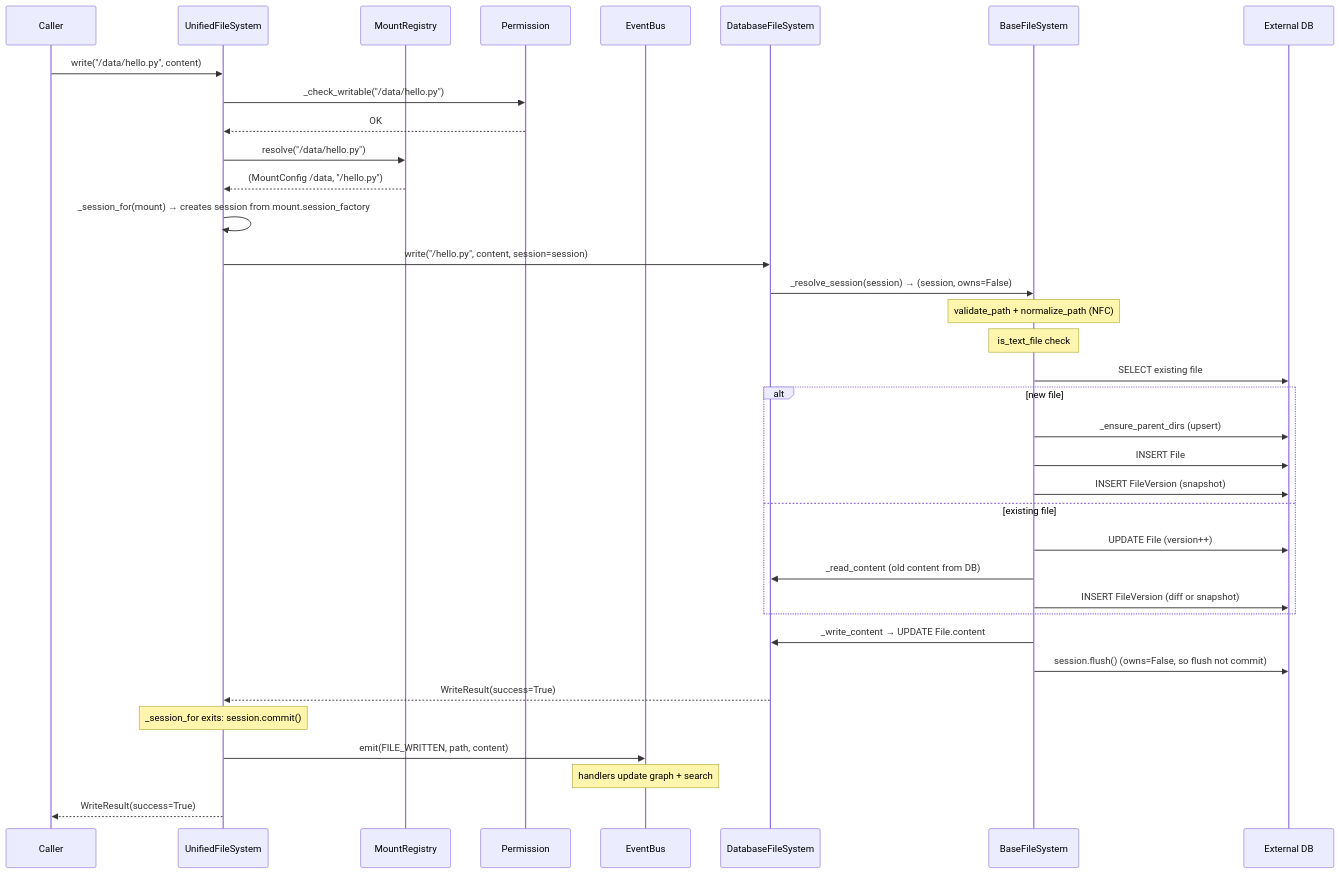
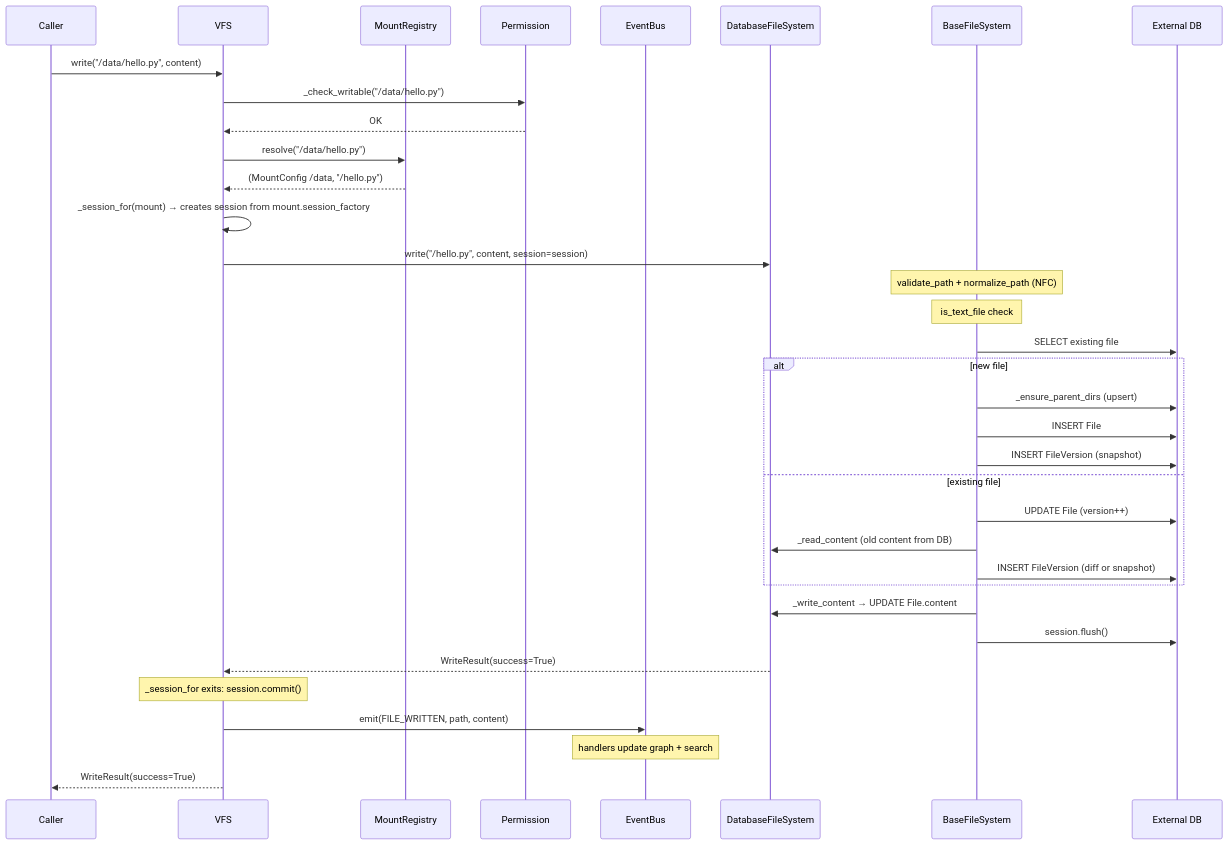
Before and after one commit to ClayGendron/grover: the third of 10 diagrams in docs/fs_architecture.md, drawn with Mermaid. The commit also changed other lines of this file and 17 other files, not shown here.

First line of the commit message:
Clean up session management, rename UnifiedFileSystem → VFS

````diff
--- a/docs/fs_architecture.md
+++ b/docs/fs_architecture.md
@@ -166,48 +162,47 @@
 ```mermaid
 sequenceDiagram
     participant C as Caller
-    participant UFS as UnifiedFileSystem
+    participant UFS as VFS
     participant MR as MountRegistry
     participant P as Permission
     participant EB as EventBus
     participant DFS as DatabaseFileSystem
     participant BFS as BaseFileSystem
     participant DB as External DB
 
     C->>UFS: write("/data/hello.py", content)
     UFS->>P: _check_writable("/data/hello.py")
     P-->>UFS: OK
 
     UFS->>MR: resolve("/data/hello.py")
     MR-->>UFS: (MountConfig /data, "/hello.py")
 
     UFS->>UFS: _session_for(mount) → creates session from mount.session_factory
     UFS->>DFS: write("/hello.py", content, session=session)
-    DFS->>BFS: _resolve_session(session) → (session, owns=False)
 
     Note over BFS: validate_path + normalize_path (NFC)
     Note over BFS: is_text_file check
 
     BFS->>DB: SELECT existing file
     alt new file
         BFS->>DB: _ensure_parent_dirs (upsert)
         BFS->>DB: INSERT File
         BFS->>DB: INSERT FileVersion (snapshot)
     else existing file
         BFS->>DB: UPDATE File (version++)
         BFS->>DFS: _read_content (old content from DB)
         BFS->>DB: INSERT FileVersion (diff or snapshot)
     end
 
     BFS->>DFS: _write_content → UPDATE File.content
-    BFS->>DB: session.flush() (owns=False, so flush not commit)
+    BFS->>DB: session.flush()
 
     DFS-->>UFS: WriteResult(success=True)
 
     Note over UFS: _session_for exits: session.commit()
 
     UFS->>EB: emit(FILE_WRITTEN, path, content)
     Note over EB: handlers update graph + search
 
     UFS-->>C: WriteResult(success=True)
 ```
````
